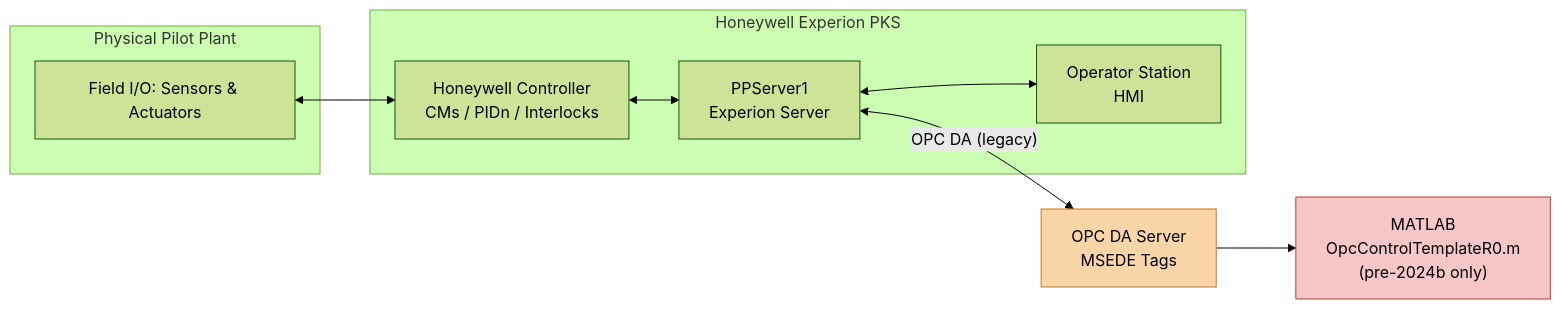
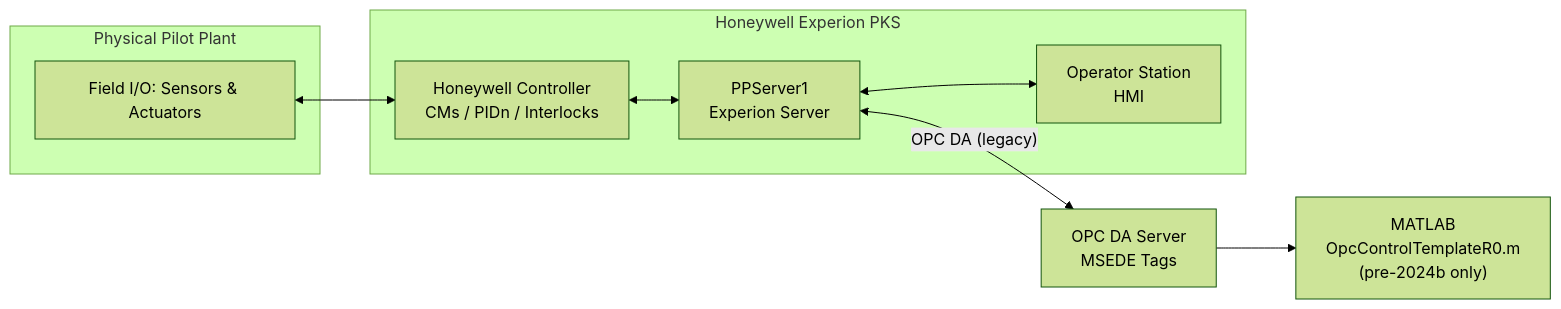
Before and after one commit to exitTerra/PilotPlantHandoverDocumentation: the first of 2 diagrams in README.md, drawn with Mermaid (forest theme).

````diff
--- a/README.md
+++ b/README.md
@@ -18,25 +18,22 @@
 ```mermaid
 flowchart LR
     subgraph Plant["Physical Pilot Plant"]
         IO[Field I/O: Sensors & Actuators]
     end
 
     subgraph Experion["Honeywell Experion PKS"]
         Ctrl[Honeywell Controller<br/>CMs / PIDn / Interlocks]
         Srv[PPServer1<br/>Experion Server]
         Stn[Operator Station<br/>HMI]
     end
 
     OPC[OPC DA Server<br/>MSEDE Tags]
 
     MATLAB["MATLAB<br/>OpcControlTemplateR0.m<br/>(pre-2024b only)"]
 
     IO <--> Ctrl
     Ctrl <--> Srv
     Srv <--> Stn
     Srv <-- "OPC DA (legacy)" --> OPC
     OPC --> MATLAB
-
-    style OPC fill:#f9d5a7,stroke:#c0791d
-    style MATLAB fill:#f7c6c7,stroke:#b23b3b
 ```
````
